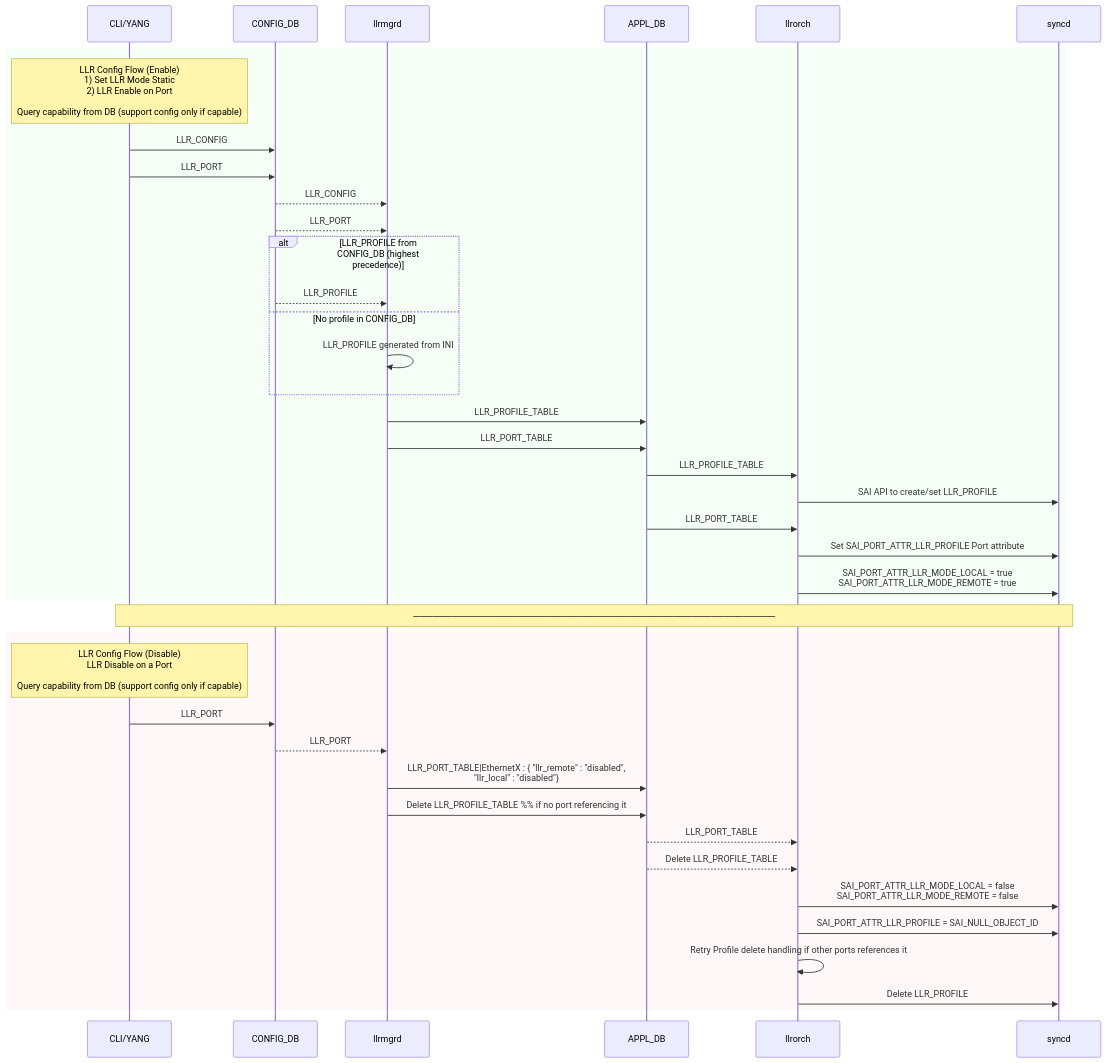
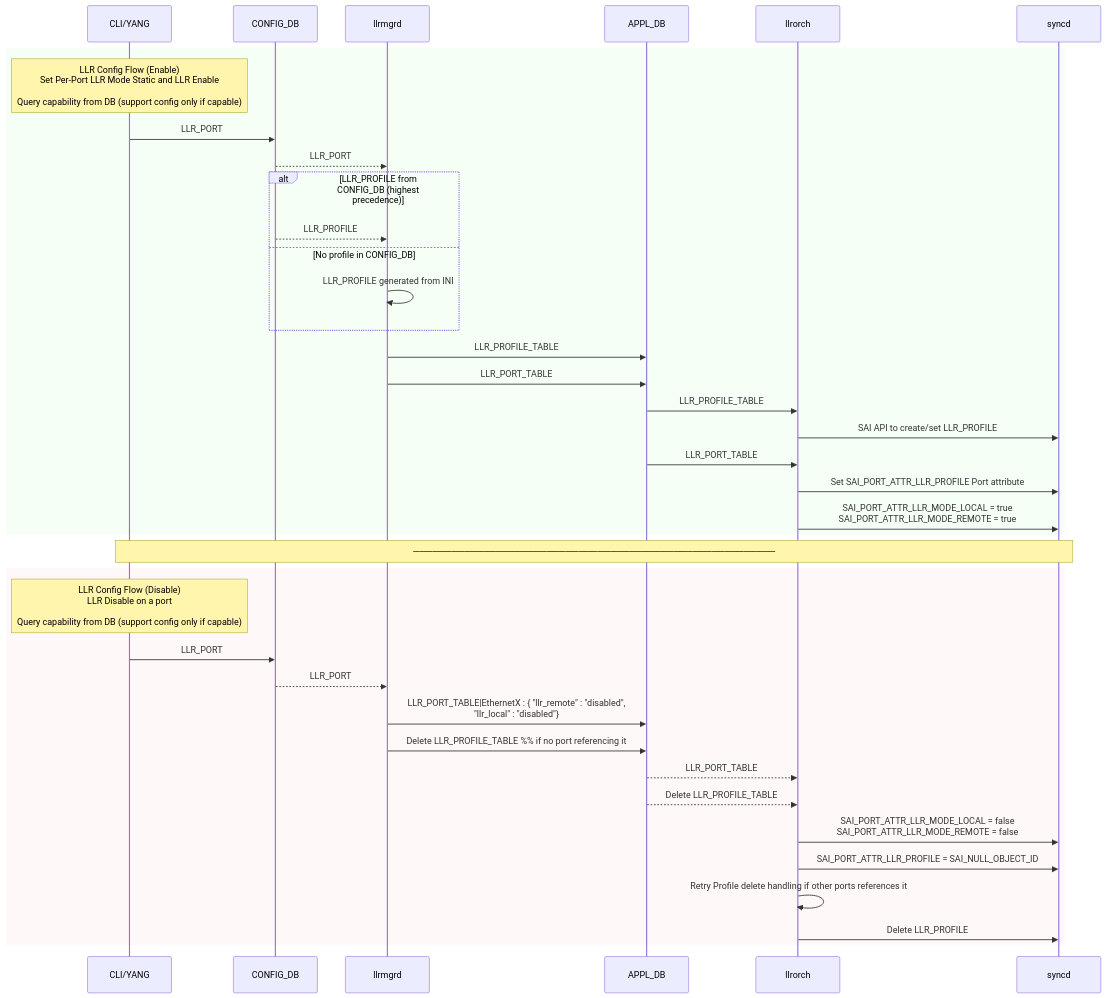
Before and after one commit to sonic-net/SONiC: the third of 4 diagrams in doc/llr/Link_Layer_Retry_Design.md, drawn with Mermaid. The commit also changed other lines of this file and 2 other files, not shown here.

Commit message:
LLR HLD updates

````diff
--- a/doc/llr/Link_Layer_Retry_Design.md
+++ b/doc/llr/Link_Layer_Retry_Design.md
@@ -288,71 +284,69 @@
 ```mermaid
 sequenceDiagram
     %% Participants
     participant CLI as CLI/YANG
     participant CFG as CONFIG_DB
     participant LLR as llrmgrd
     participant APPL as APPL_DB
     participant ORCH as llrorch
     participant SYNC as syncd
 
     %% ===================== ENABLE FLOW =====================
     rect rgba(230,255,230,0.35)
-      note over CLI: LLR Config Flow (Enable)<br/>1) Set LLR Mode Static<br/>2) LLR Enable on Port<br/><br/>Query capability from DB (support config only if capable)
+      note over CLI: LLR Config Flow (Enable)<br/> Set Per-Port LLR Mode Static and LLR Enable<br/><br/>Query capability from DB (support config only if capable)
 
       %% CLI/YANG writes config into CONFIG_DB
-      CLI->>CFG: LLR_CONFIG
       CLI->>CFG: LLR_PORT
 
       %% CONFIG_DB notifies llrmgd
-      CFG-->>LLR: LLR_CONFIG
       CFG-->>LLR: LLR_PORT
 
       %% Optional profile with precedence
       alt LLR_PROFILE from CONFIG_DB (highest precedence)
         CFG-->>LLR: LLR_PROFILE
       else No profile in CONFIG_DB
         LLR->>LLR: LLR_PROFILE generated from INI
       end
 
       %% llrmgd writes effective objects into APPL_DB
       LLR->>APPL: LLR_PROFILE_TABLE
       LLR->>APPL: LLR_PORT_TABLE
 
       %% Orchestrator consumes APPL_DB and programs ASIC via SAI
       APPL->>ORCH: LLR_PROFILE_TABLE
       ORCH->>SYNC: SAI API to create/set LLR_PROFILE
       APPL->>ORCH: LLR_PORT_TABLE
       ORCH->>SYNC: Set SAI_PORT_ATTR_LLR_PROFILE Port attribute
       ORCH->>SYNC: SAI_PORT_ATTR_LLR_MODE_LOCAL = true<br/>SAI_PORT_ATTR_LLR_MODE_REMOTE = true
 
     end
 
     %% Visual spacer
     note over CLI,SYNC:─────────────────────────────────────────────────────────
 
     %% ===================== DISABLE FLOW =====================
     rect rgba(255,235,235,0.35)
-      note over CLI: LLR Config Flow (Disable)<br/>LLR Disable on a Port<br/><br/>Query capability from DB (support config only if capable)
+      note over CLI: LLR Config Flow (Disable)<br/>LLR Disable on a port<br/><br/>Query capability from DB (support config only if capable)
 
       %% CLI/YANG updates CONFIG_DB to disable
       CLI->>CFG: LLR_PORT
 
       %% CONFIG_DB notifies llrmgd
       CFG-->>LLR: LLR_PORT
 
       %% llrmgd cleans APPL_DB objects for this port/profile
       LLR->>APPL: LLR_PORT_TABLE|EthernetX : { "llr_remote" : "disabled", <br/>"llr_local" : "disabled"}
       LLR->>APPL: Delete LLR_PROFILE_TABLE %% if no port referencing it
 
       %% APPL_DB notifies ORCH about removals
       APPL-->>ORCH: LLR_PORT_TABLE
       APPL-->>ORCH: Delete LLR_PROFILE_TABLE
 
       %% ORCH removes SAI programming
       ORCH->>SYNC: SAI_PORT_ATTR_LLR_MODE_LOCAL = false<br/>SAI_PORT_ATTR_LLR_MODE_REMOTE = false
       ORCH->>SYNC: SAI_PORT_ATTR_LLR_PROFILE = SAI_NULL_OBJECT_ID
       ORCH->>ORCH: Retry Profile delete handling if other ports references it
       ORCH->>SYNC: Delete LLR_PROFILE
 
     end
 ```
````
